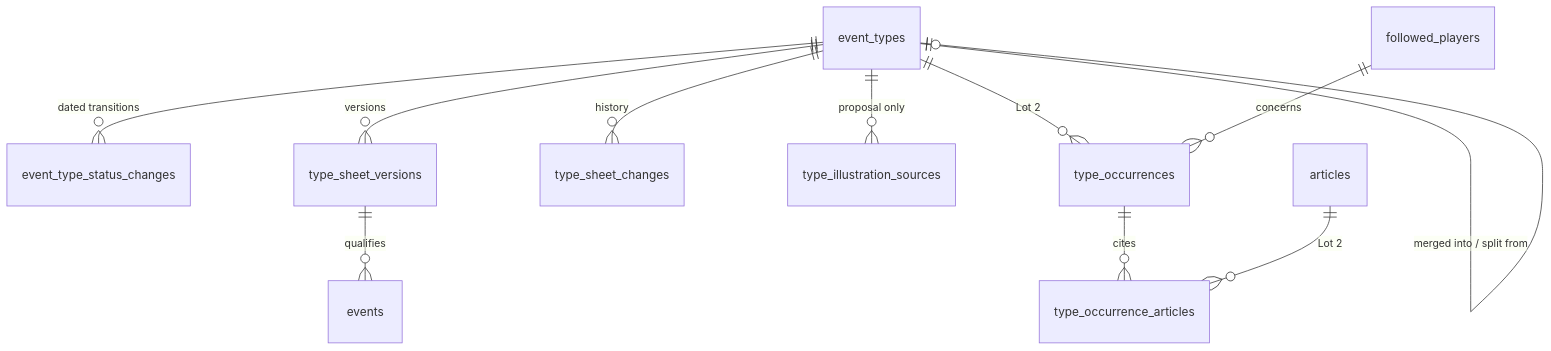
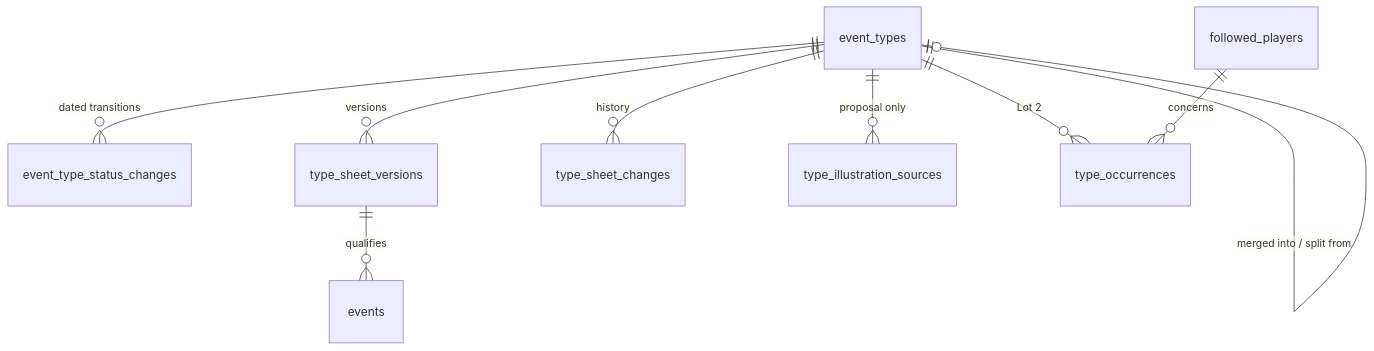
One commit to youtix/egoscope changed the diagram in docs/engineering/domain-model/event-types.md. Above: the diagram before and after it, drawn with Mermaid. The commit also changed other lines of this file and 8 other files, not shown here.

````diff
--- a/docs/engineering/domain-model/event-types.md
+++ b/docs/engineering/domain-model/event-types.md
@@ -363,13 +376,11 @@
 ```mermaid
 erDiagram
   event_types ||--o{ event_type_status_changes : "dated transitions"
   event_types ||--o{ type_sheet_versions : versions
   event_types ||--o{ type_sheet_changes : history
   event_types ||--o{ type_illustration_sources : "proposal only"
   event_types ||--o{ type_occurrences : "Lot 2"
-  type_occurrences ||--o{ type_occurrence_articles : cites
-  articles ||--o{ type_occurrence_articles : "Lot 2"
   followed_players ||--o{ type_occurrences : concerns
   event_types ||--o| event_types : "merged into / split from"
   type_sheet_versions ||--o{ events : "qualifies"
 ```
````
